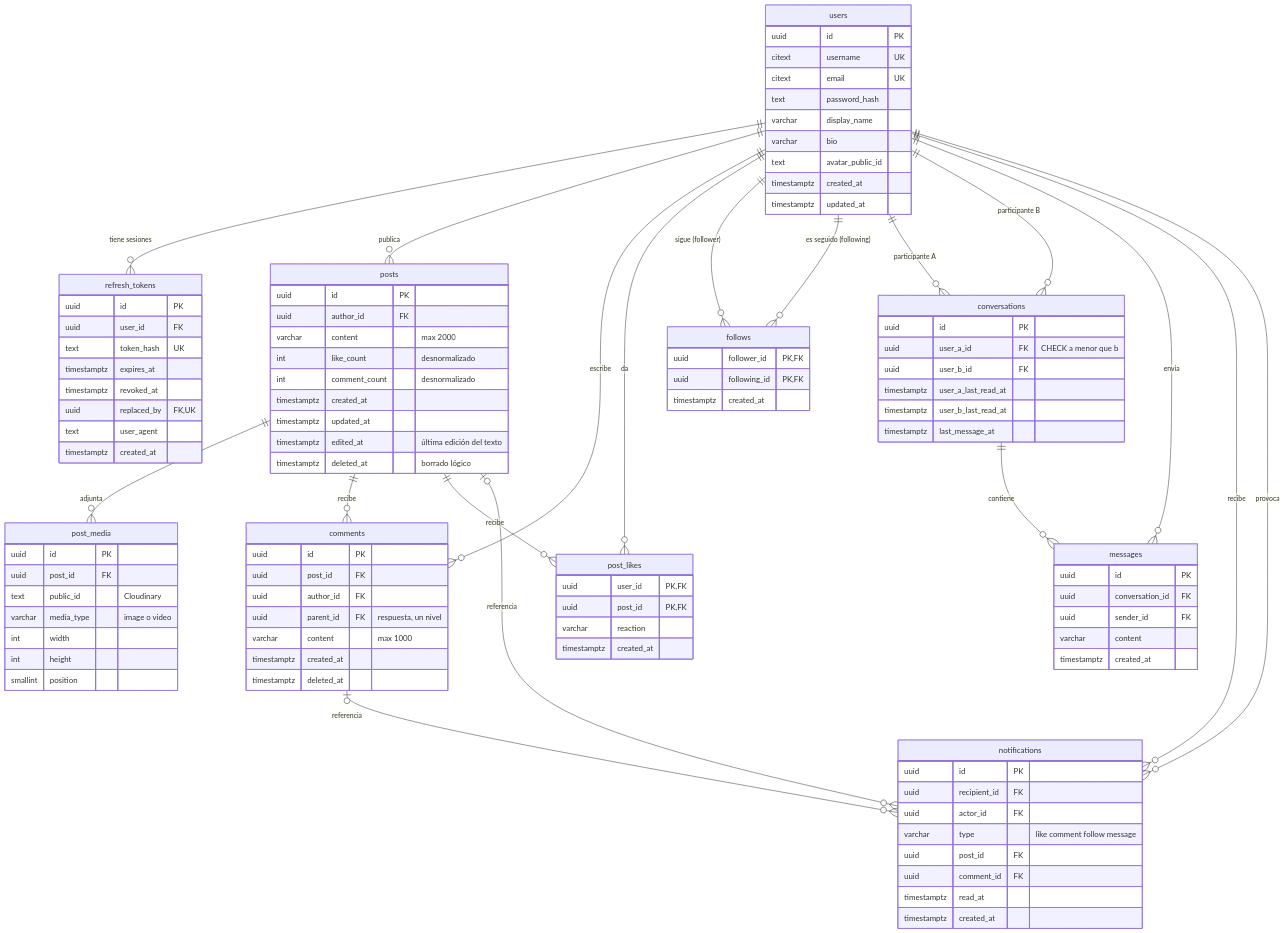
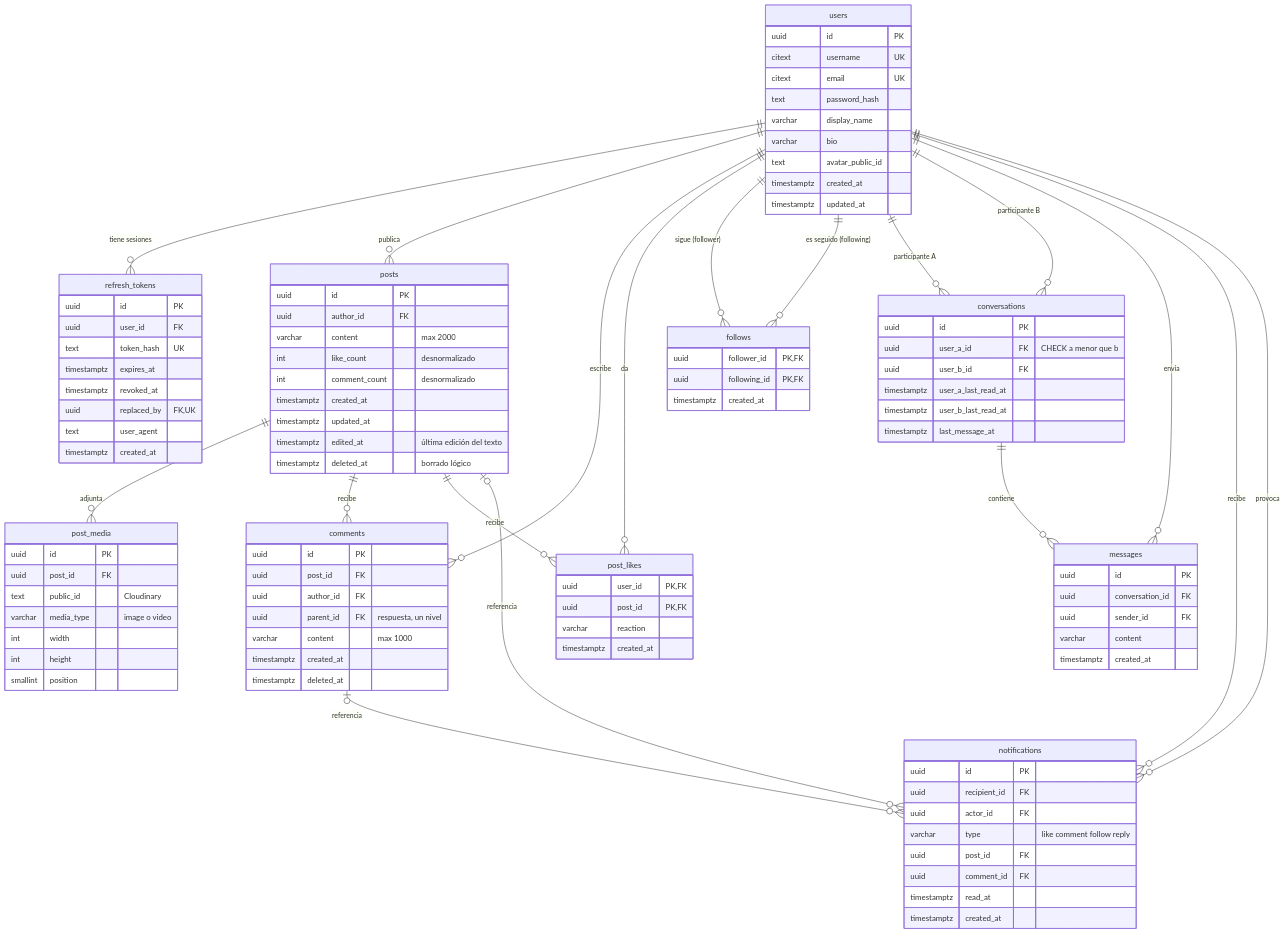
One commit to EmilioAlonzo4587/red-social changed the diagram in docs/04-base-de-datos.md. Above: the diagram before and after it, drawn with Mermaid. The commit also changed other lines of this file and 42 other files, not shown here.

```diff
--- a/docs/04-base-de-datos.md
+++ b/docs/04-base-de-datos.md
@@ -96,7 +96,7 @@
     uuid id PK
     uuid recipient_id FK
     uuid actor_id FK
-    varchar type "like comment follow message"
+    varchar type "like comment follow reply"
     uuid post_id FK
     uuid comment_id FK
     timestamptz read_at
```
